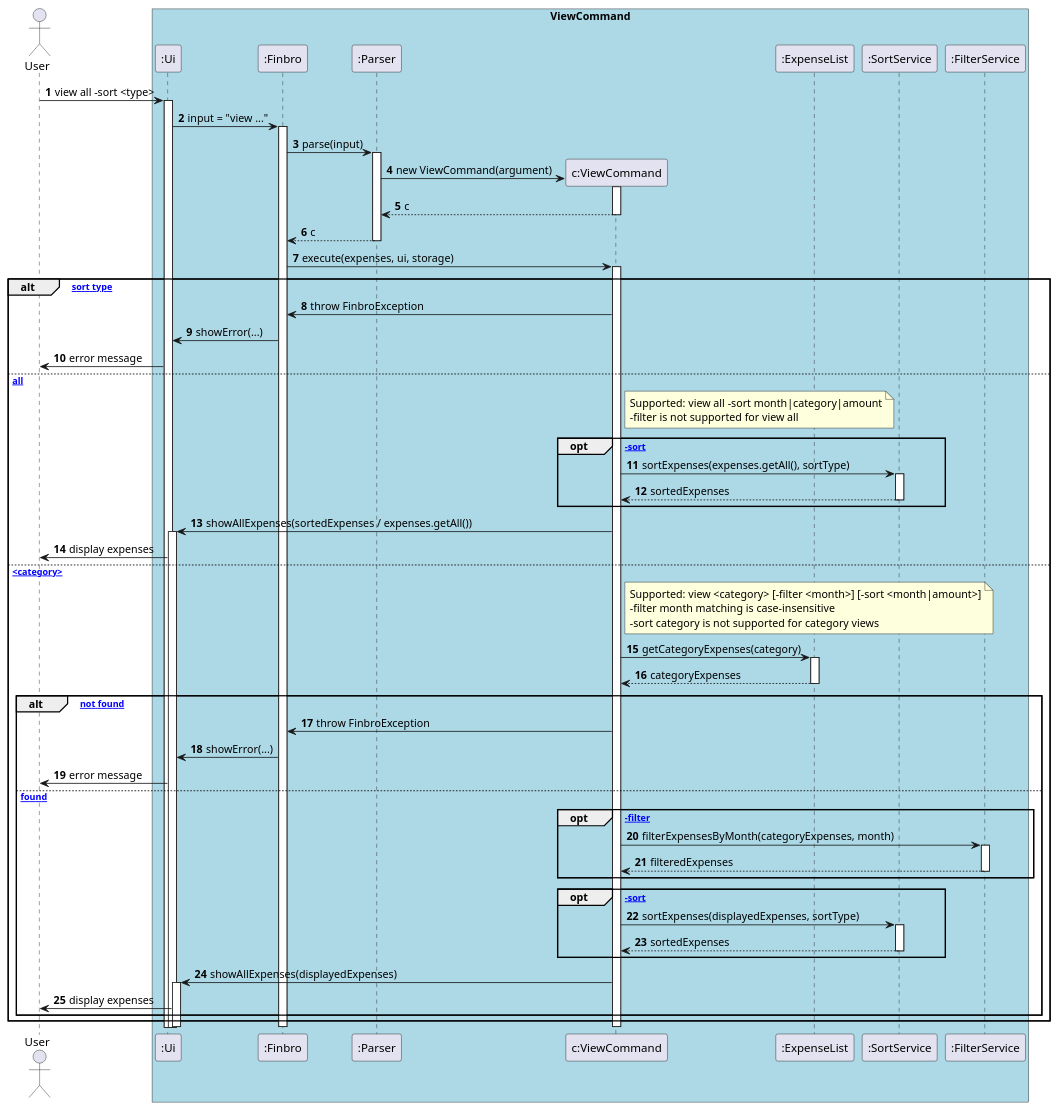
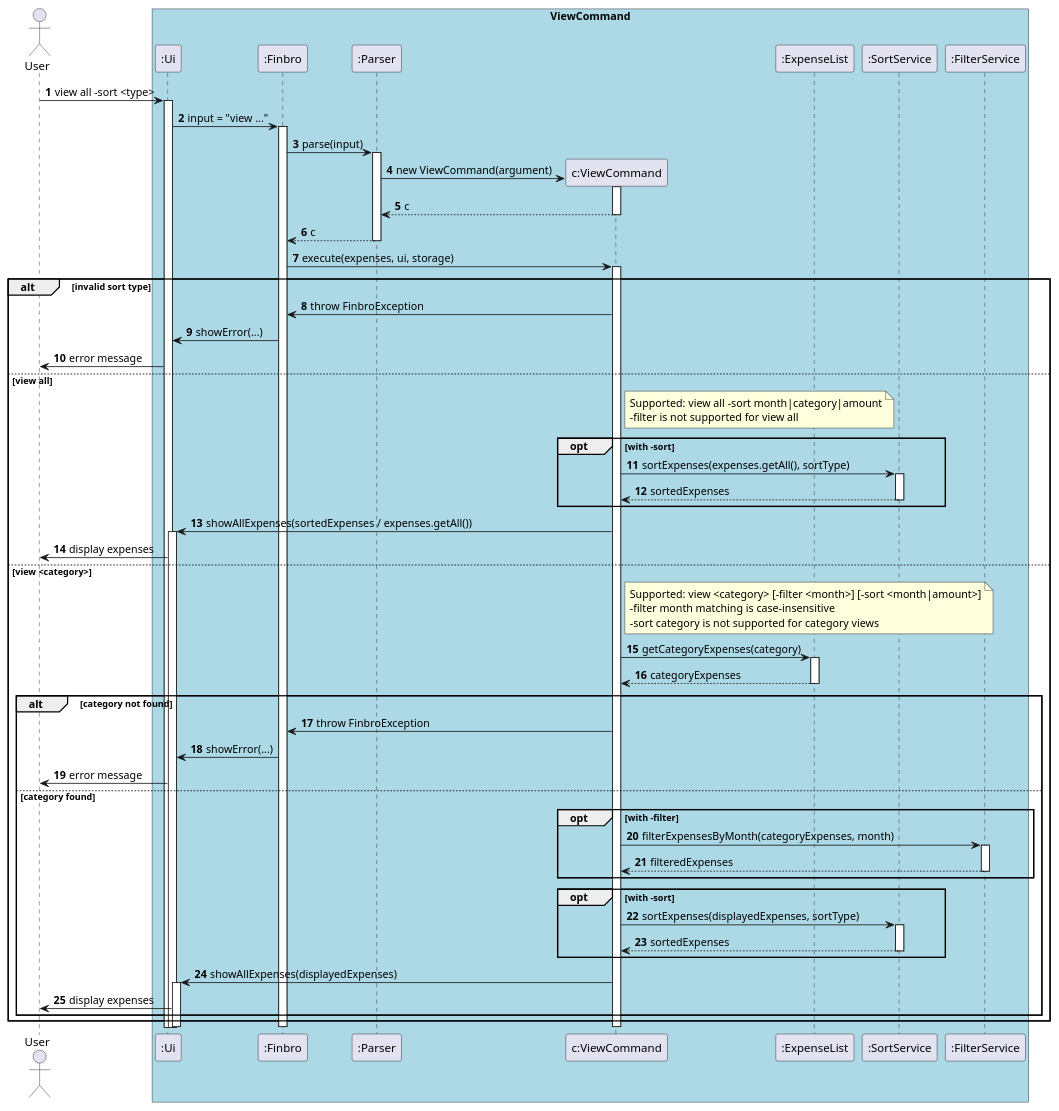
One commit to Kushalshah0402/tp changed the diagram in docs/UML_diagrams/ViewCommand_Advanced.puml. Above: the diagram before and after it, drawn with PlantUML. The commit also changed 7 other files, not shown here.

```diff
--- a/docs/UML_diagrams/ViewCommand_Advanced.puml
+++ b/docs/UML_diagrams/ViewCommand_Advanced.puml
@@ -1,95 +1,95 @@
 @startuml ViewCommand_Advanced
 'https://plantuml.com/sequence-diagram
 actor User
 
 box "ViewCommand" #LightBlue
 participant ":Ui"
 participant ":Finbro"
 participant ":Parser"
 participant "c:ViewCommand"
 participant ":ExpenseList"
 participant ":SortService"
 participant ":FilterService"
 end box
 
 autonumber
 
 User -> ":Ui" : view all -sort <type>
 activate ":Ui"
 
 ":Ui" -> ":Finbro" : input = "view ..."
 activate ":Finbro"
 
 ":Finbro" -> ":Parser" : parse(input)
 activate ":Parser"
 
 create "c:ViewCommand"
 ":Parser" -> "c:ViewCommand" : new ViewCommand(argument)
 activate "c:ViewCommand"
 return c
 return c
 
 ":Finbro" -> "c:ViewCommand" : execute(expenses, ui, storage)
 activate "c:ViewCommand"
 
-alt [invalid sort type]
+alt invalid sort type
 	"c:ViewCommand" -> ":Finbro" : throw FinbroException
 	":Finbro" -> ":Ui" : showError(...)
 	":Ui" -> User : error message
 
-else [view all]
+else view all
 	note right of "c:ViewCommand"
 	  Supported: view all -sort month|category|amount
 	  -filter is not supported for view all
 	end note
 
-	opt [with -sort]
+	opt with -sort
 		"c:ViewCommand" -> ":SortService" : sortExpenses(expenses.getAll(), sortType)
 		activate ":SortService"
 		return sortedExpenses
 	end
 
 	"c:ViewCommand" -> ":Ui" : showAllExpenses(sortedExpenses / expenses.getAll())
 	activate ":Ui"
 	":Ui" -> User : display expenses
 
-else [view <category>]
+else view <category>
 	note right of "c:ViewCommand"
 	  Supported: view <category> [-filter <month>] [-sort <month|amount>]
 	  -filter month matching is case-insensitive
 	  -sort category is not supported for category views
 	end note
 
 	"c:ViewCommand" -> ":ExpenseList" : getCategoryExpenses(category)
 	activate ":ExpenseList"
 	return categoryExpenses
 
-	alt [category not found]
+	alt category not found
 		"c:ViewCommand" -> ":Finbro" : throw FinbroException
 		":Finbro" -> ":Ui" : showError(...)
 		":Ui" -> User : error message
 
-	else [category found]
-		opt [with -filter]
+	else category found
+		opt with -filter
 			"c:ViewCommand" -> ":FilterService" : filterExpensesByMonth(categoryExpenses, month)
 			activate ":FilterService"
 			return filteredExpenses
 		end
 
-		opt [with -sort]
+		opt with -sort
 			"c:ViewCommand" -> ":SortService" : sortExpenses(displayedExpenses, sortType)
 			activate ":SortService"
 			return sortedExpenses
 		end
 
 		"c:ViewCommand" -> ":Ui" : showAllExpenses(displayedExpenses)
 		activate ":Ui"
 		":Ui" -> User : display expenses
 	end
 end
 
 deactivate "c:ViewCommand"
 deactivate ":Finbro"
 deactivate ":Ui"
 
 @enduml
```
